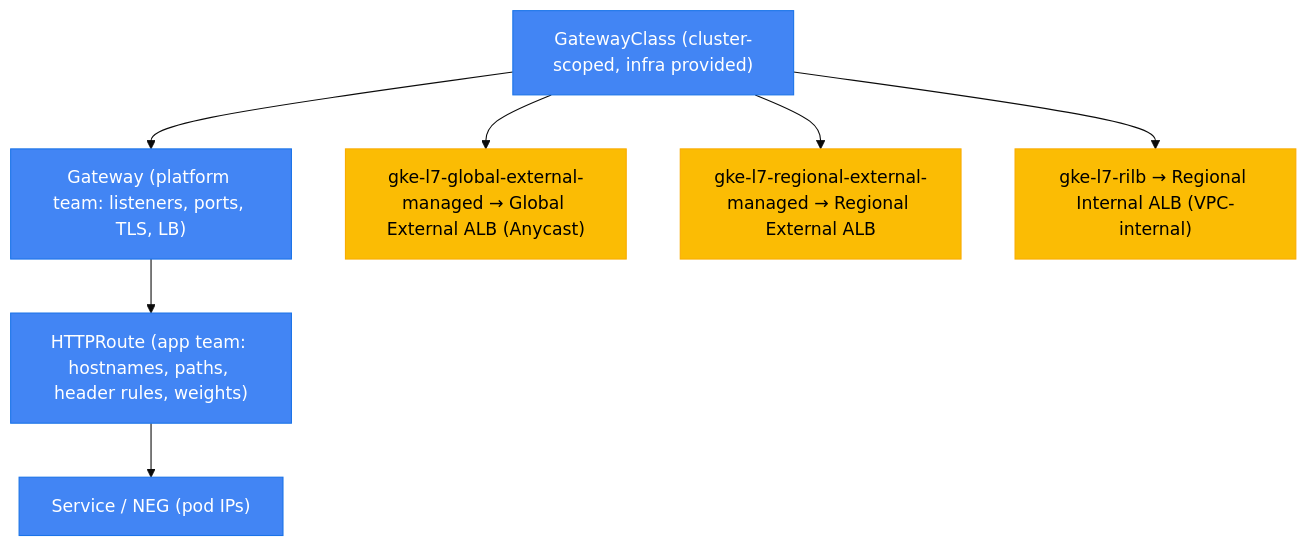
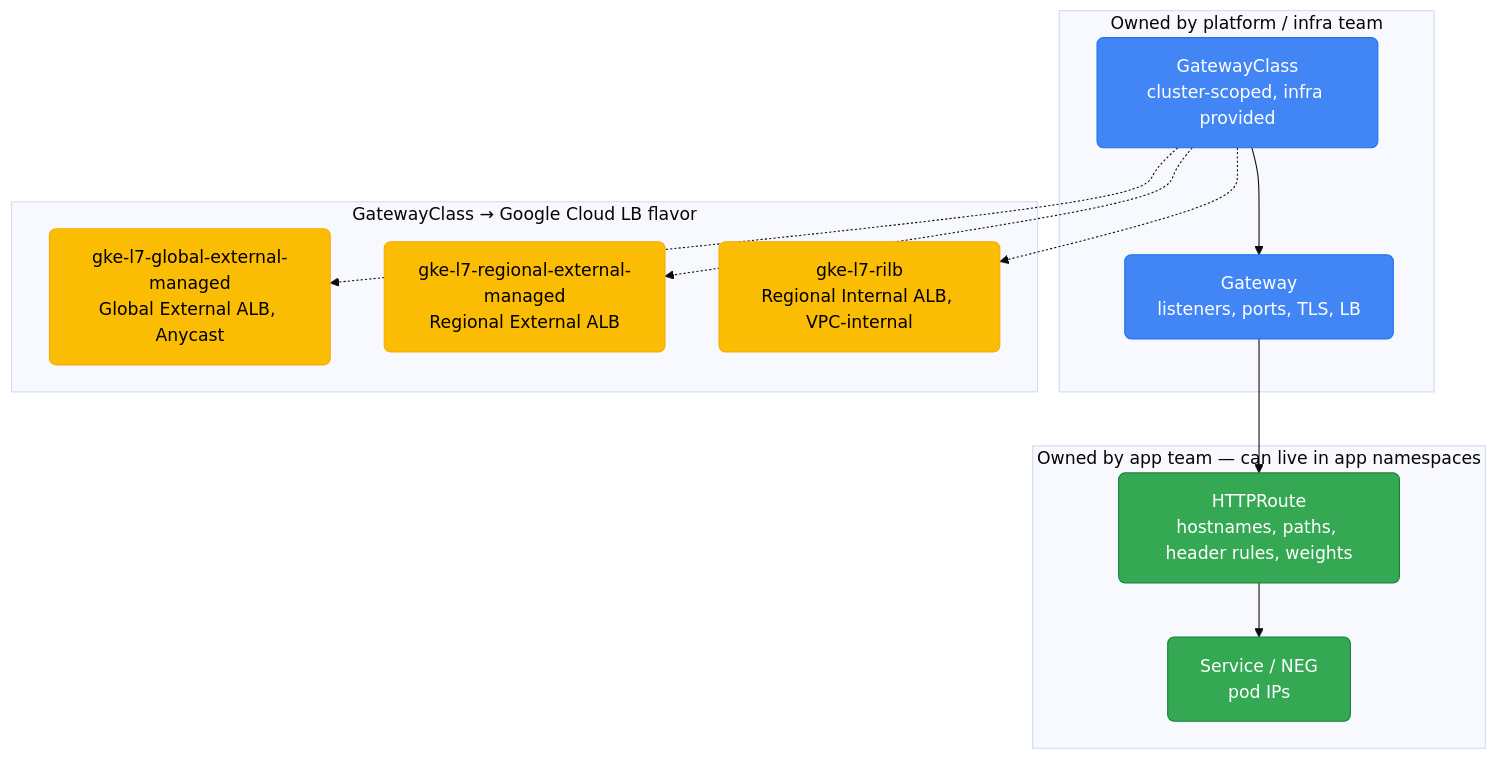
One commit to deepanshu-rawat6/DevOpsIndex changed the seventh of 7 diagrams in gcp/gke.md. Above: the diagram before and after it, drawn with Mermaid (base theme). The commit also changed other lines of this file and 14 other files, not shown here.

````diff
--- a/gcp/gke.md
+++ b/gcp/gke.md
@@ -227,15 +399,30 @@
 ```mermaid
 graph TD
-    GC["GatewayClass (cluster-scoped, infra provided)"] --> GW
-    GW["Gateway (platform team: listeners, ports, TLS, LB)"] --> HR
-    HR["HTTPRoute (app team: hostnames, paths, header rules, weights)"] --> SVC["Service / NEG (pod IPs)"]
+    classDef platform fill:#4285F4,stroke:#1a73e8,color:#fff,rx:6
+    classDef appteam fill:#34A853,stroke:#188038,color:#fff,rx:6
+    classDef lb fill:#FBBC04,stroke:#f9ab00,color:#000,rx:6
 
-    GC --> GLOBAL["gke-l7-global-external-managed → Global External ALB (Anycast)"]
-    GC --> REGIONAL["gke-l7-regional-external-managed → Regional External ALB"]
-    GC --> RILB["gke-l7-rilb → Regional Internal ALB (VPC-internal)"]
+    subgraph PLATFORM["Owned by platform / infra team"]
+        GC["GatewayClass<br/>cluster-scoped, infra provided"]:::platform
+        GW["Gateway<br/>listeners, ports, TLS, LB"]:::platform
+        GC --> GW
+    end
 
-    classDef api fill:#4285F4,stroke:#1a73e8,color:#fff
-    classDef lb fill:#FBBC04,stroke:#f9ab00,color:#000
-    class GC,GW,HR,SVC api
-    class GLOBAL,REGIONAL,RILB lb
+    subgraph APPTEAM["Owned by app team — can live in app namespaces"]
+        HR["HTTPRoute<br/>hostnames, paths, header rules, weights"]:::appteam
+        SVC["Service / NEG<br/>pod IPs"]:::appteam
+        HR --> SVC
+    end
+
+    GW --> HR
+
+    subgraph FLAVORS["GatewayClass → Google Cloud LB flavor"]
+        GLOBAL["gke-l7-global-external-managed<br/>Global External ALB, Anycast"]:::lb
+        REGIONAL["gke-l7-regional-external-managed<br/>Regional External ALB"]:::lb
+        RILB["gke-l7-rilb<br/>Regional Internal ALB, VPC-internal"]:::lb
+    end
+
+    GC -.-> GLOBAL
+    GC -.-> REGIONAL
+    GC -.-> RILB
 ```
````
